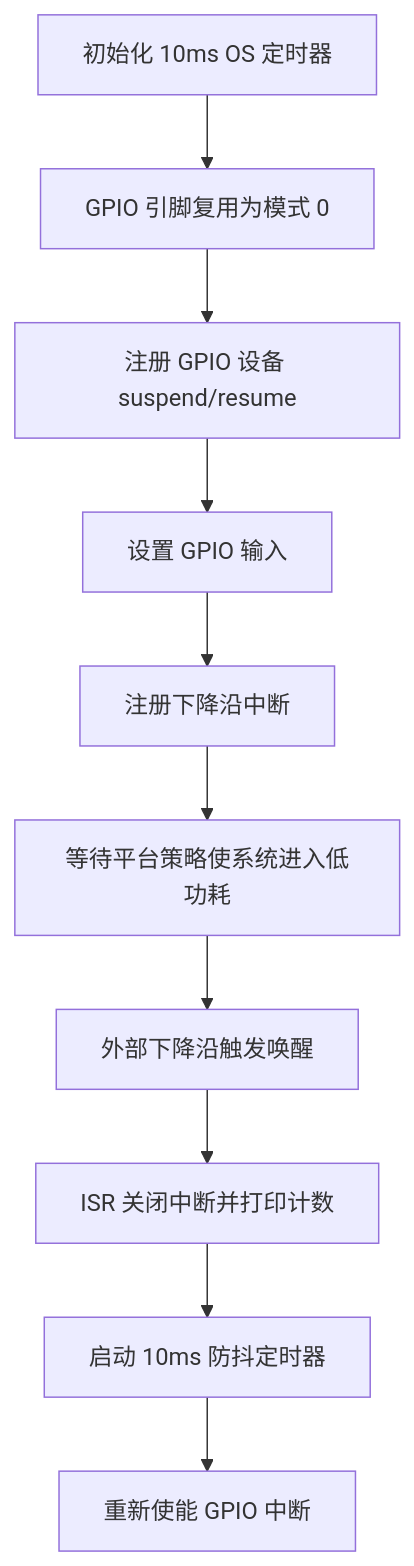
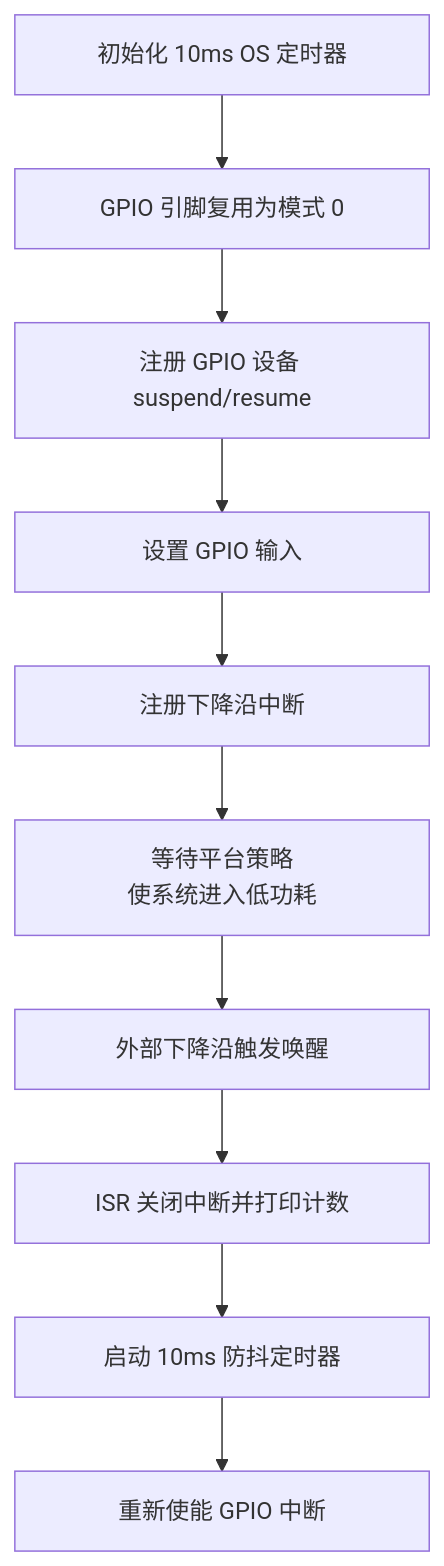
The second of 2 diagrams in docs/zh-CN/samples/peripherals/lpc/lpc.md (sanchuanhehe/fbb_ws53), drawn with Mermaid before and after one commit. The commit also changed 9 other files, not shown here.

````diff
--- a/docs/zh-CN/samples/peripherals/lpc/lpc.md
+++ b/docs/zh-CN/samples/peripherals/lpc/lpc.md
@@ -69,12 +69,12 @@
 ```mermaid
 flowchart TD
-    A[初始化 10ms OS 定时器] --> B[GPIO 引脚复用为模式 0]
-    B --> C[注册 GPIO 设备 suspend/resume]
-    C --> D[设置 GPIO 输入]
-    D --> E[注册下降沿中断]
-    E --> F[等待平台策略使系统进入低功耗]
-    F --> G[外部下降沿触发唤醒]
-    G --> H[ISR 关闭中断并打印计数]
-    H --> I[启动 10ms 防抖定时器]
-    I --> J[重新使能 GPIO 中断]
+    A["<div style='width:220px;text-align:center'>初始化 10ms OS 定时器</div>"] --> B["<div style='width:220px;text-align:center'>GPIO 引脚复用为模式 0</div>"]
+    B --> C["<div style='width:220px;text-align:center'>注册 GPIO 设备 suspend/resume</div>"]
+    C --> D["<div style='width:220px;text-align:center'>设置 GPIO 输入</div>"]
+    D --> E["<div style='width:220px;text-align:center'>注册下降沿中断</div>"]
+    E --> F["<div style='width:220px;text-align:center'>等待平台策略<br/>使系统进入低功耗</div>"]
+    F --> G["<div style='width:220px;text-align:center'>外部下降沿触发唤醒</div>"]
+    G --> H["<div style='width:220px;text-align:center'>ISR 关闭中断并打印计数</div>"]
+    H --> I["<div style='width:220px;text-align:center'>启动 10ms 防抖定时器</div>"]
+    I --> J["<div style='width:220px;text-align:center'>重新使能 GPIO 中断</div>"]
 ```
````
